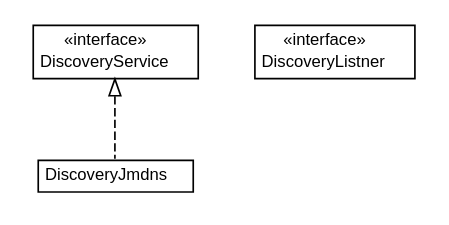
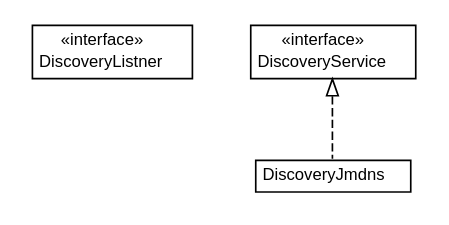
Before and after one commit to ericpinet/ConnectLife: the diagram in javadoc/coreserver/com/connectlife/coreserver/environment/discover/com.connectlife.coreserver.environment.discover.dot, drawn with Graphviz. The commit also changed 434 other files, not shown here.

```diff
--- a/javadoc/coreserver/com/connectlife/coreserver/environment/discover/com.connectlife.coreserver.environment.discover.dot
+++ b/javadoc/coreserver/com/connectlife/coreserver/environment/discover/com.connectlife.coreserver.environment.discover.dot
@@ -1,34 +1,34 @@
 #!/usr/local/bin/dot
 #
 # Class diagram 
 # Generated by UMLGraph version 5.1 (http://www.umlgraph.org/)
 #
 
 digraph G {
 	edge [fontname="Helvetica",fontsize=10,labelfontname="Helvetica",labelfontsize=10];
 	node [fontname="Helvetica",fontsize=10,shape=plaintext];
 	nodesep=0.25;
 	ranksep=0.5;
+	// com.connectlife.coreserver.environment.discover.DiscoveryListner
+	c311 [label=<<table title="com.connectlife.coreserver.environment.discover.DiscoveryListner" border="0" cellborder="1" cellspacing="0" cellpadding="2" port="p" href="./DiscoveryListner.html">
+		<tr><td><table border="0" cellspacing="0" cellpadding="1">
+<tr><td align="center" balign="center"> &#171;interface&#187; </td></tr>
+<tr><td align="center" balign="center"> DiscoveryListner </td></tr>
+		</table></td></tr>
+		</table>>, fontname="Helvetica", fontcolor="black", fontsize=10.0];
 	// com.connectlife.coreserver.environment.discover.DiscoveryService
-	c277 [label=<<table title="com.connectlife.coreserver.environment.discover.DiscoveryService" border="0" cellborder="1" cellspacing="0" cellpadding="2" port="p" href="./DiscoveryService.html">
+	c312 [label=<<table title="com.connectlife.coreserver.environment.discover.DiscoveryService" border="0" cellborder="1" cellspacing="0" cellpadding="2" port="p" href="./DiscoveryService.html">
 		<tr><td><table border="0" cellspacing="0" cellpadding="1">
 <tr><td align="center" balign="center"> &#171;interface&#187; </td></tr>
 <tr><td align="center" balign="center"> DiscoveryService </td></tr>
 		</table></td></tr>
 		</table>>, fontname="Helvetica", fontcolor="black", fontsize=10.0];
-	// com.connectlife.coreserver.environment.discover.DiscoveryListner
-	c278 [label=<<table title="com.connectlife.coreserver.environment.discover.DiscoveryListner" border="0" cellborder="1" cellspacing="0" cellpadding="2" port="p" href="./DiscoveryListner.html">
-		<tr><td><table border="0" cellspacing="0" cellpadding="1">
-<tr><td align="center" balign="center"> &#171;interface&#187; </td></tr>
-<tr><td align="center" balign="center"> DiscoveryListner </td></tr>
-		</table></td></tr>
-		</table>>, fontname="Helvetica", fontcolor="black", fontsize=10.0];
 	// com.connectlife.coreserver.environment.discover.DiscoveryJmdns
-	c279 [label=<<table title="com.connectlife.coreserver.environment.discover.DiscoveryJmdns" border="0" cellborder="1" cellspacing="0" cellpadding="2" port="p" href="./DiscoveryJmdns.html">
+	c313 [label=<<table title="com.connectlife.coreserver.environment.discover.DiscoveryJmdns" border="0" cellborder="1" cellspacing="0" cellpadding="2" port="p" href="./DiscoveryJmdns.html">
 		<tr><td><table border="0" cellspacing="0" cellpadding="1">
 <tr><td align="center" balign="center"> DiscoveryJmdns </td></tr>
 		</table></td></tr>
 		</table>>, fontname="Helvetica", fontcolor="black", fontsize=10.0];
 	//com.connectlife.coreserver.environment.discover.DiscoveryJmdns implements com.connectlife.coreserver.environment.discover.DiscoveryService
-	c277:p -> c279:p [dir=back,arrowtail=empty,style=dashed];
+	c312:p -> c313:p [dir=back,arrowtail=empty,style=dashed];
 }
```
